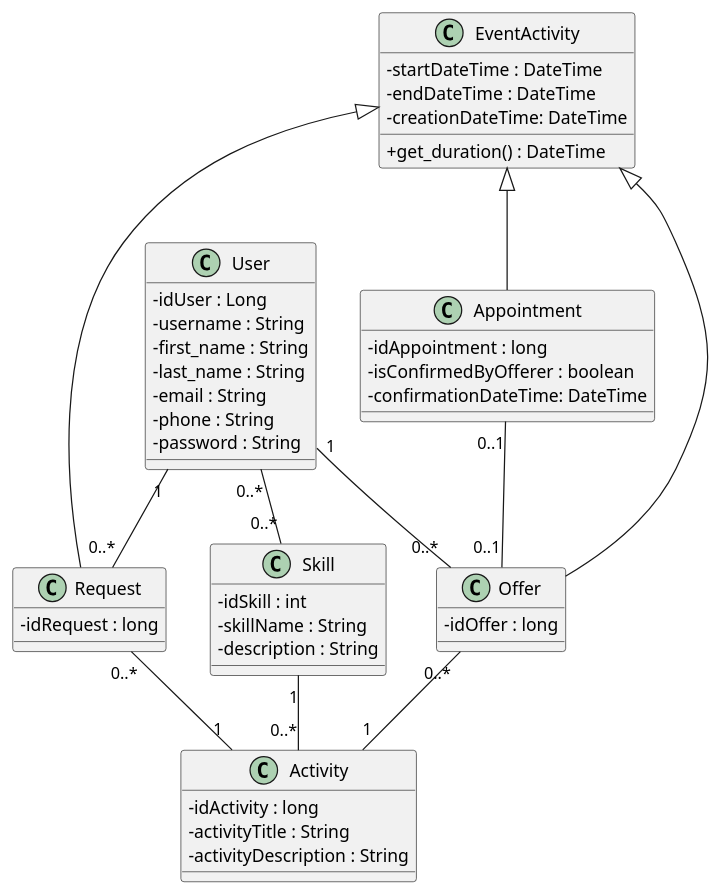
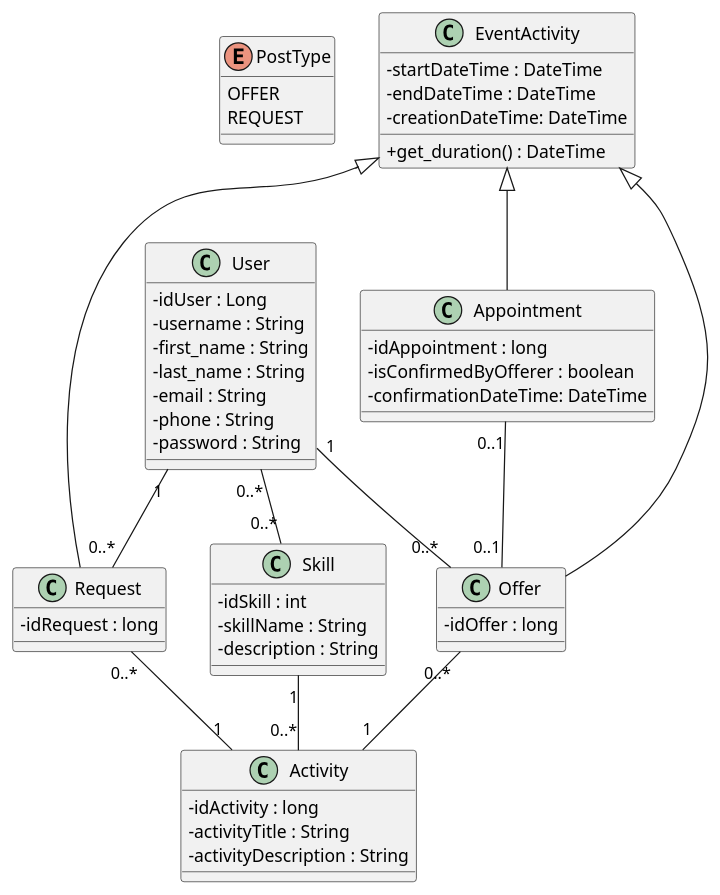
One commit to albanmartel/SkillsExchange changed the diagram in Modelisation/02_CLASS_DIAGRAM/02_Class_Digram.puml. Above: the diagram before and after it, drawn with PlantUML.

Commit message:
UPDATE '02_Class_Digram.puml' implementation d'un type enum 'PostType' pour faire évoluer la conception et regrouper offer et request activities.

```diff
--- a/Modelisation/02_CLASS_DIAGRAM/02_Class_Digram.puml
+++ b/Modelisation/02_CLASS_DIAGRAM/02_Class_Digram.puml
@@ -1,59 +1,64 @@
 @startuml
 skinparam classAttributeIconSize 0
+
+enum PostType {
+  OFFER
+  REQUEST
+}
 
 class User {
   - idUser : Long
   - username : String
   - first_name : String
   - last_name : String
   - email : String
   - phone : String
   - password : String
 }
 
 class Skill {
   - idSkill : int
   - skillName : String
   - description : String
 }
 
 class Activity {
   - idActivity : long
   - activityTitle : String
   - activityDescription : String
 }
 
 class EventActivity {
   - startDateTime : DateTime
   - endDateTime : DateTime
   - creationDateTime: DateTime
   + get_duration() : DateTime
 }
 
 class Offer {
   - idOffer : long
 }
 
 class Appointment{
   - idAppointment : long
   - isConfirmedByOfferer : boolean
   - confirmationDateTime: DateTime
 }
 
 class Request {
   - idRequest : long
 }
 
 EventActivity <|-- Offer
 EventActivity <|-- Appointment
 EventActivity <|-- Request
 
 User "0..*" -- "0..*" Skill
 Skill "1" -- "0..*" Activity
 User "1" -- "0..*" Offer
 User "1" -- "0..*" Request
 Offer "0..*" -- "1" Activity
 Request "0..*" -- "1" Activity
 Appointment "0..1" -- "0..1" Offer
 
 @enduml
```
